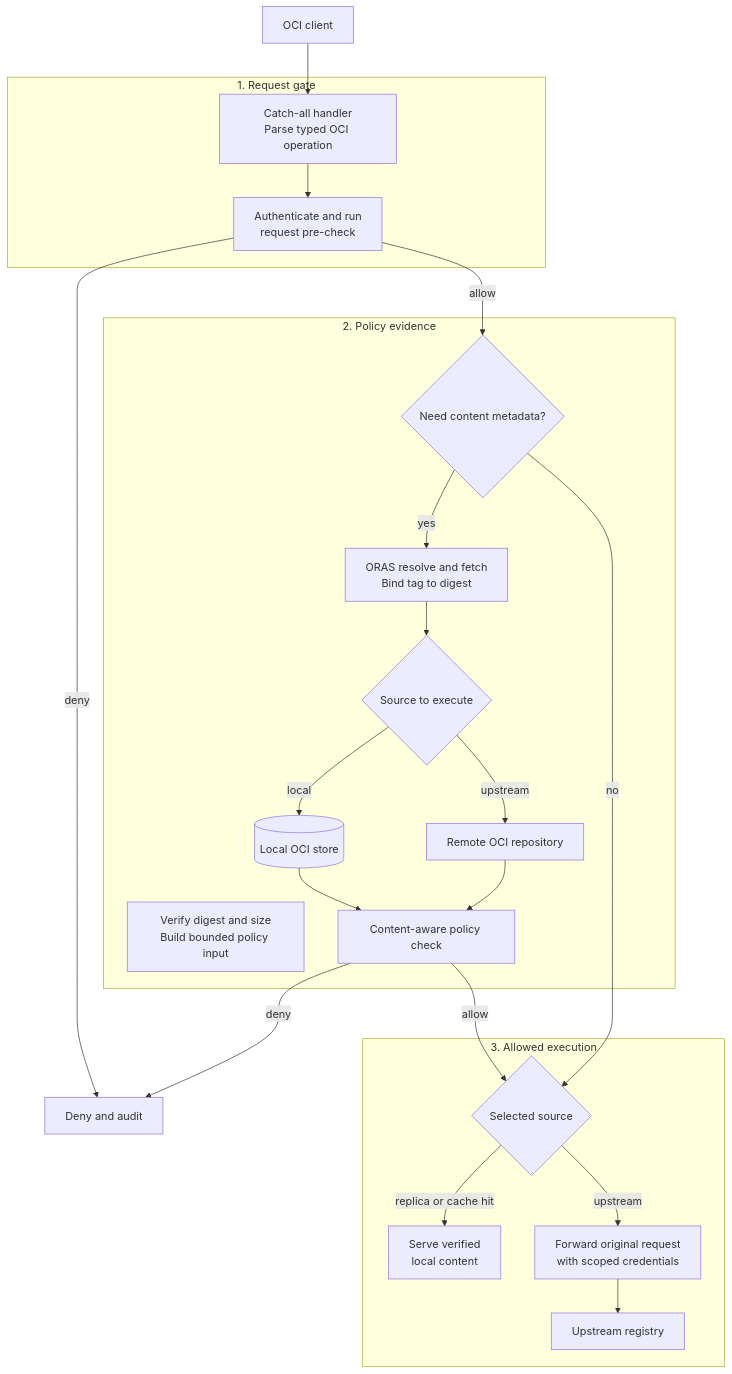
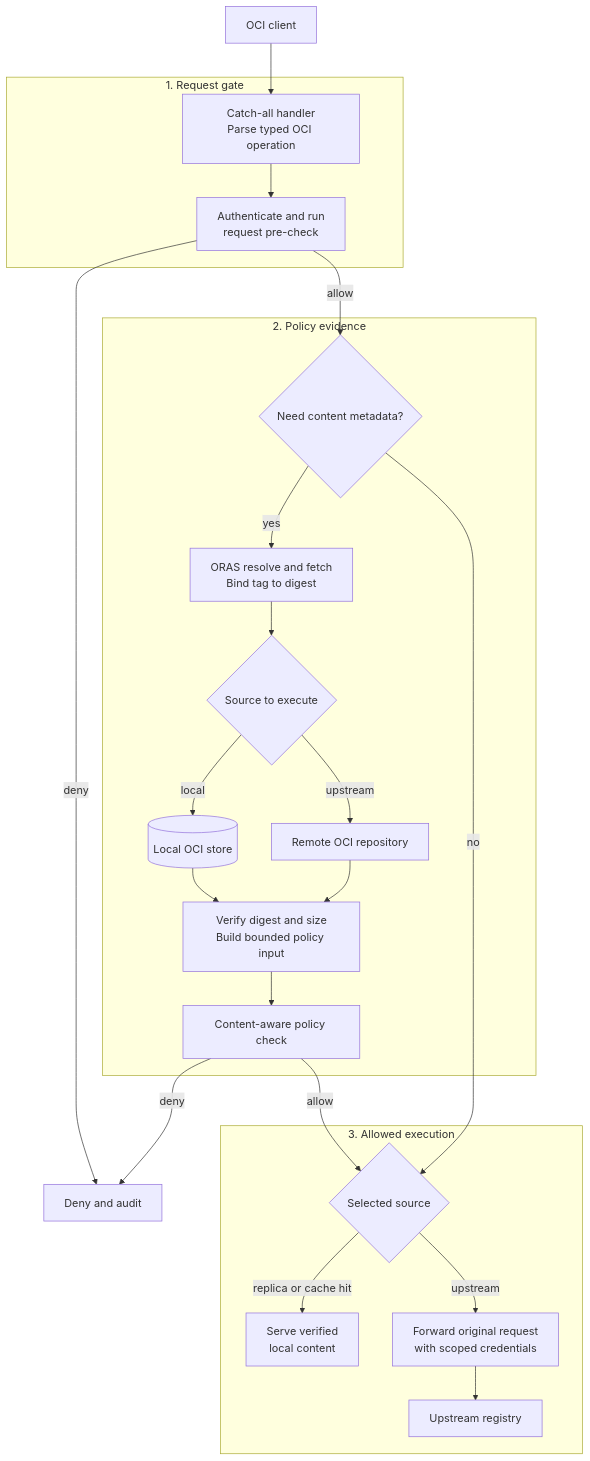
The first of 2 diagrams in docs/decisions/0009-transparent-oci-registry-proxy.md (container-registry/harbor-satellite), drawn with Mermaid before and after one commit. The commit also changed 1 other file, not shown here.

Commit message:
fix: Add missing ADR entries

````diff
--- a/docs/decisions/0009-transparent-oci-registry-proxy.md
+++ b/docs/decisions/0009-transparent-oci-registry-proxy.md
@@ -81,46 +81,47 @@
 ```mermaid
 flowchart TB
     Client[OCI client]
 
     subgraph Gate[1. Request gate]
         Parse[Catch-all handler<br/>Parse typed OCI operation]
         Pre[Authenticate and run<br/>request pre-check]
         Parse --> Pre
     end
 
     subgraph Evidence[2. Policy evidence]
         Need{Need content metadata?}
         Resolve[ORAS resolve and fetch<br/>Bind tag to digest]
         MetadataSource{Source to execute}
         LocalMeta[(Local OCI store)]
         RemoteMeta[Remote OCI repository]
         Verify[Verify digest and size<br/>Build bounded policy input]
         Admit[Content-aware policy check]
 
         Need -->|yes| Resolve
         Resolve --> MetadataSource
         MetadataSource -->|local| LocalMeta
         MetadataSource -->|upstream| RemoteMeta
-        LocalMeta --> Admit 
-        RemoteMeta --> Admit 
+        LocalMeta --> Verify
+        RemoteMeta --> Verify
+        Verify --> Admit
     end
 
     subgraph Execute[3. Allowed execution]
         Source{Selected source}
         LocalRead[Serve verified<br/>local content]
         Forward[Forward original request<br/>with scoped credentials]
         Upstream[Upstream registry]
 
         Source -->|replica or cache hit| LocalRead
         Source -->|upstream| Forward --> Upstream
     end
 
     Deny[Deny and audit]
 
     Client --> Parse
     Pre -->|deny| Deny
     Pre -->|allow| Need
     Need -->|no| Source
     Admit -->|deny| Deny
     Admit -->|allow| Source
 ```
````
